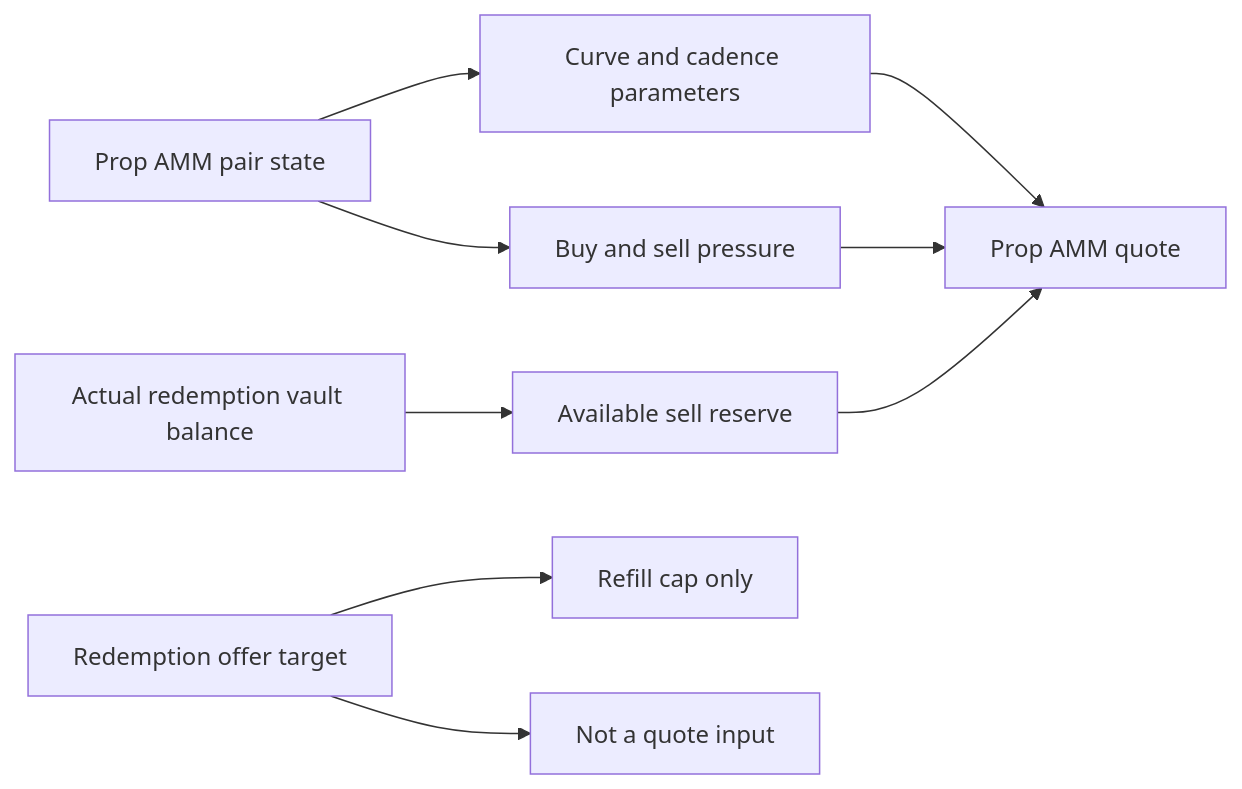
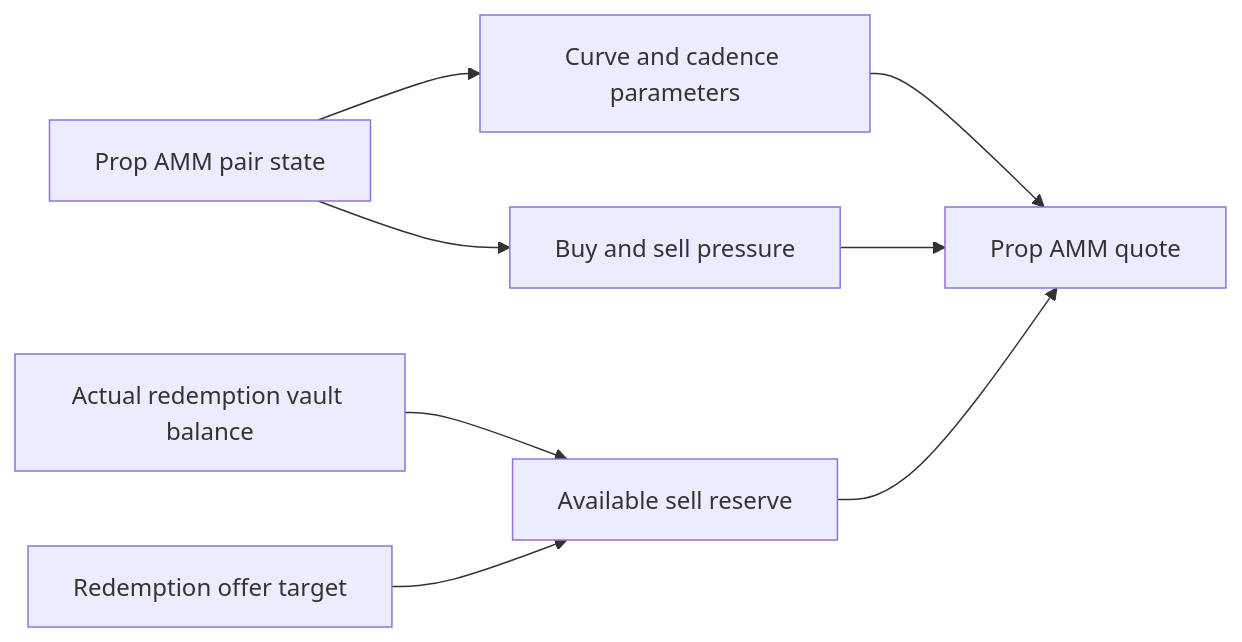
One commit to talllo/onre-sol-fuzz changed the seventh of 9 diagrams in docs/DOMAIN_MODEL.md. Above: the diagram before and after it, drawn with Mermaid. The commit also changed other lines of this file and 6 other files, not shown here.

````diff
--- a/docs/DOMAIN_MODEL.md
+++ b/docs/DOMAIN_MODEL.md
@@ -239,12 +241,11 @@
 ```mermaid
 flowchart LR
     PairState[Prop AMM pair state] --> Curve[Curve and cadence parameters]
     PairState --> Pressure[Buy and sell pressure]
     RedemptionVault[Actual redemption vault balance] --> HardReserve[Available sell reserve]
-    RedemptionOffer[Redemption offer target] --> RefillOnly[Refill cap only]
-    RedemptionOffer --> NotQuoteInput[Not a quote input]
+    RedemptionOffer[Redemption offer target] --> HardReserve
 
     Curve --> Quote[Prop AMM quote]
     Pressure --> Quote
     HardReserve --> Quote
 ```
````
